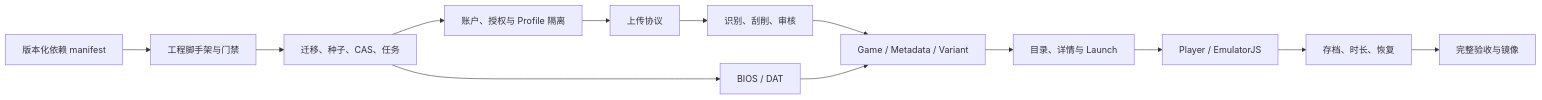
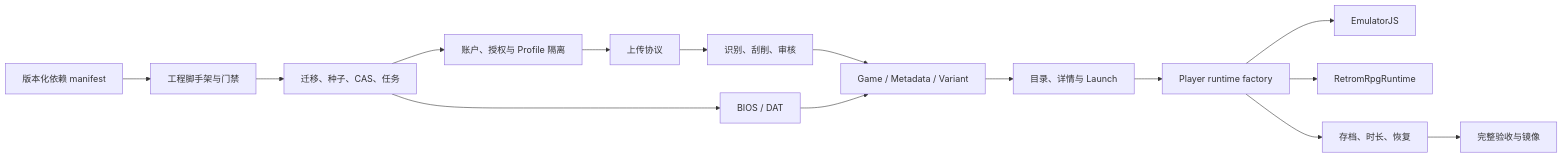
Before and after one commit to retrom-project/retrom: the diagram in docs/implementation-plan.md, drawn with Mermaid. The commit also changed other lines of this file and 580 other files, not shown here.

````diff
--- a/docs/implementation-plan.md
+++ b/docs/implementation-plan.md
@@ -24,15 +24,17 @@
 ```mermaid
 flowchart LR
     D["版本化依赖 manifest"] --> F["工程脚手架与门禁"]
     F --> S["迁移、种子、CAS、任务"]
     S --> A0["账户、授权与 Profile 隔离"]
     A0 --> U["上传协议"]
     U --> I["识别、刮削、审核"]
     S --> B["BIOS / DAT"]
     I --> G["Game / Metadata / Variant"]
     B --> G
     G --> L["目录、详情与 Launch"]
-    L --> R["Player / EmulatorJS"]
+    L --> R["Player runtime factory"]
+    R --> E["EmulatorJS"]
+    R --> RR["RetromRpgRuntime"]
     R --> P["存档、时长、恢复"]
     P --> A["完整验收与镜像"]
 ```
````
